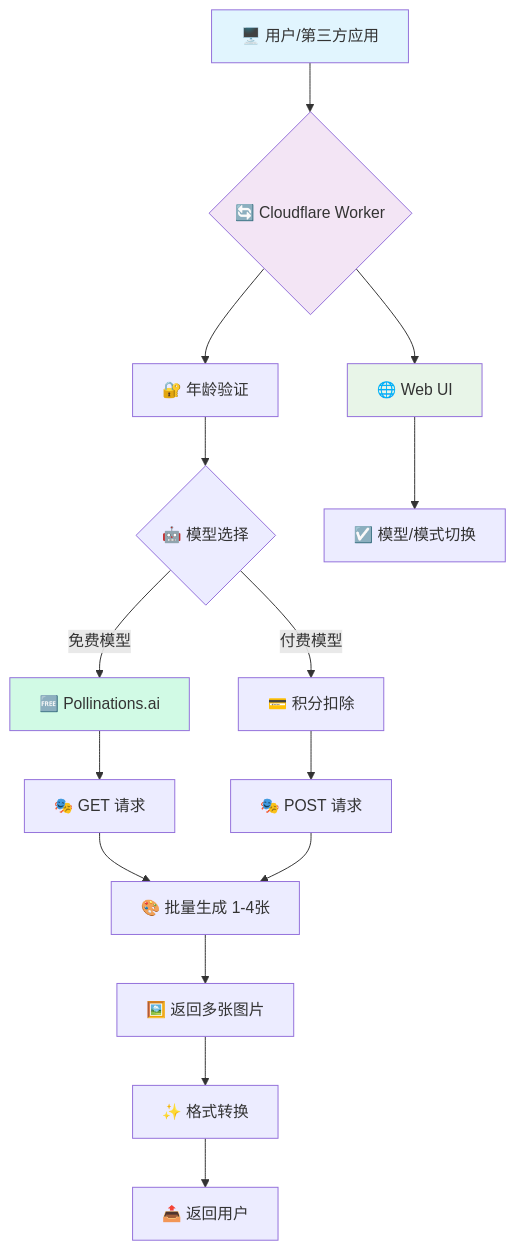
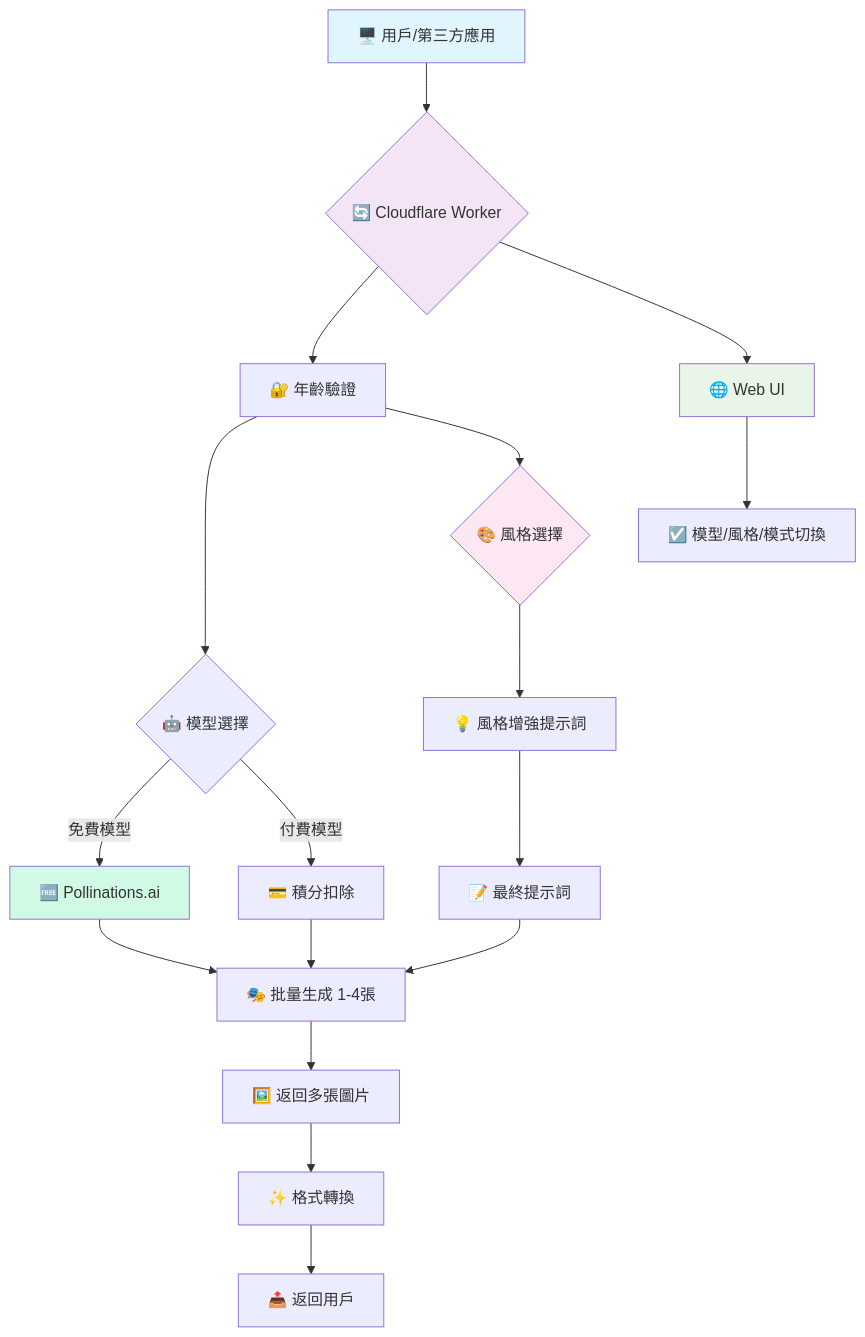
One commit to kinai9661/fluxai changed the diagram in README.md. Above: the diagram before and after it, drawn with Mermaid. The commit also changed other lines of this file, not shown here.

````diff
--- a/README.md
+++ b/README.md
@@ -112,28 +179,31 @@
 ```mermaid
 flowchart TD
-    A[🖥️ 用户/第三方应用] --> B{🔄 Cloudflare Worker}
+    A[🖥️ 用戶/第三方應用] --> B{🔄 Cloudflare Worker}
     
-    B --> C[🔐 年龄验证]
-    C --> D{🤖 模型选择}
+    B --> C[🔐 年齡驗證]
+    C --> D{🤖 模型選擇}
+    C --> E{🎨 風格選擇}
     
-    D -->|免费模型| E[🆓 Pollinations.ai]
-    D -->|付费模型| F[💳 积分扣除]
+    D -->|免費模型| F[🆓 Pollinations.ai]
+    D -->|付費模型| G[💳 積分扣除]
     
-    E --> G[🎭 GET 请求]
-    F --> H[🎭 POST 请求]
+    E --> H[💡 風格增強提示詞]
+    H --> I[📝 最終提示詞]
     
-    G --> I[🎨 批量生成 1-4张]
-    H --> I
+    F --> J[🎭 批量生成 1-4張]
+    G --> J
+    I --> J
     
-    I --> J[🖼️ 返回多张图片]
-    J --> K[✨ 格式转换]
-    K --> L[📤 返回用户]
+    J --> K[🖼️ 返回多張圖片]
+    K --> L[✨ 格式轉換]
+    L --> M[📤 返回用戶]
     
-    B --> M[🌐 Web UI]
-    M --> N[☑️ 模型/模式切换]
+    B --> N[🌐 Web UI]
+    N --> O[☑️ 模型/風格/模式切換]
     
     style A fill:#e1f5fe
     style B fill:#f3e5f5
-    style E fill:#d1fae5
-    style M fill:#e8f5e8
+    style E fill:#fce7f3
+    style F fill:#d1fae5
+    style N fill:#e8f5e8
 ```
````
